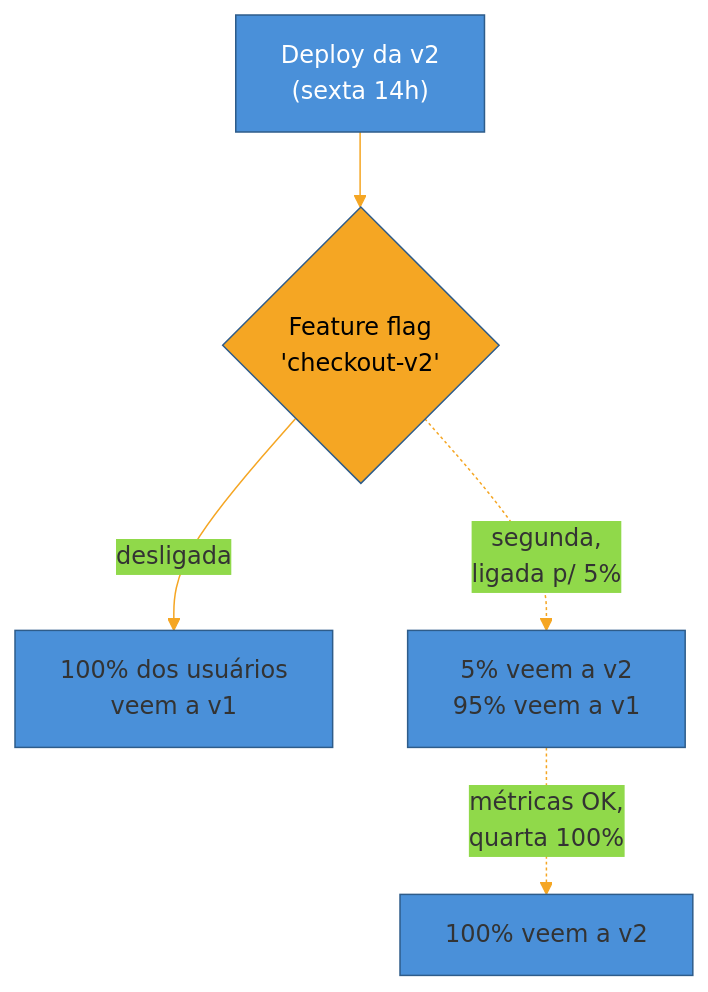
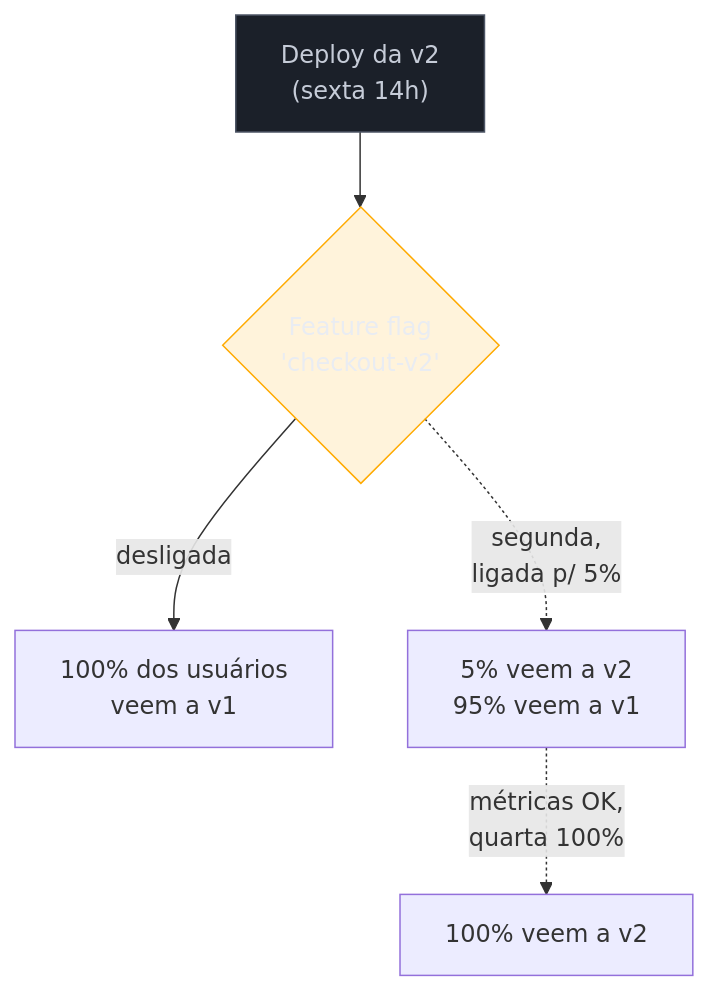
One commit to josenaldo/codex-technomanticus changed the second of 3 diagrams in 03-Dominios/Engenharia/Operação/1 - O ofício de operar/03 - O ciclo de vida de um deploy.md. Above: the diagram before and after it, drawn with Mermaid. The commit also changed other lines of this file and 1181 other files, not shown here.

First line of the commit message:
fix(diagramas): paleta do sistema no lugar de cor cravada no markdown

````diff
--- a/03-Dominios/Engenharia/Operação/1 - O ofício de operar/03 - O ciclo de vida de um deploy.md
+++ b/03-Dominios/Engenharia/Operação/1 - O ofício de operar/03 - O ciclo de vida de um deploy.md
@@ -76,11 +78,12 @@
 ```mermaid
-%%{init: {"theme": "base", "themeVariables": {"primaryColor": "#4A90D9", "primaryBorderColor": "#2E5C8A", "lineColor": "#F5A623"}}}%%
 graph TD
+    classDef neutro fill:#1B2029,stroke:#4E5666,color:#C6CCD8
+    classDef destaque fill:#FFAA0024,stroke:#FFAA00,color:#E9ECF2
     D1["Deploy da v2<br/>(sexta 14h)"] --> FLAG{"Feature flag<br/>'checkout-v2'"}
     FLAG -->|"desligada"| USERS1["100% dos usuários<br/>veem a v1"]
     FLAG -.->|"segunda,<br/>ligada p/ 5%"| USERS2["5% veem a v2<br/>95% veem a v1"]
     USERS2 -.->|"métricas OK,<br/>quarta 100%"| USERS3["100% veem a v2"]
 
-    style D1 fill:#4A90D9,stroke:#2E5C8A,color:#fff
-    style FLAG fill:#F5A623,stroke:#2E5C8A,color:#000
+    class D1 neutro
+    class FLAG destaque
 ```
````
